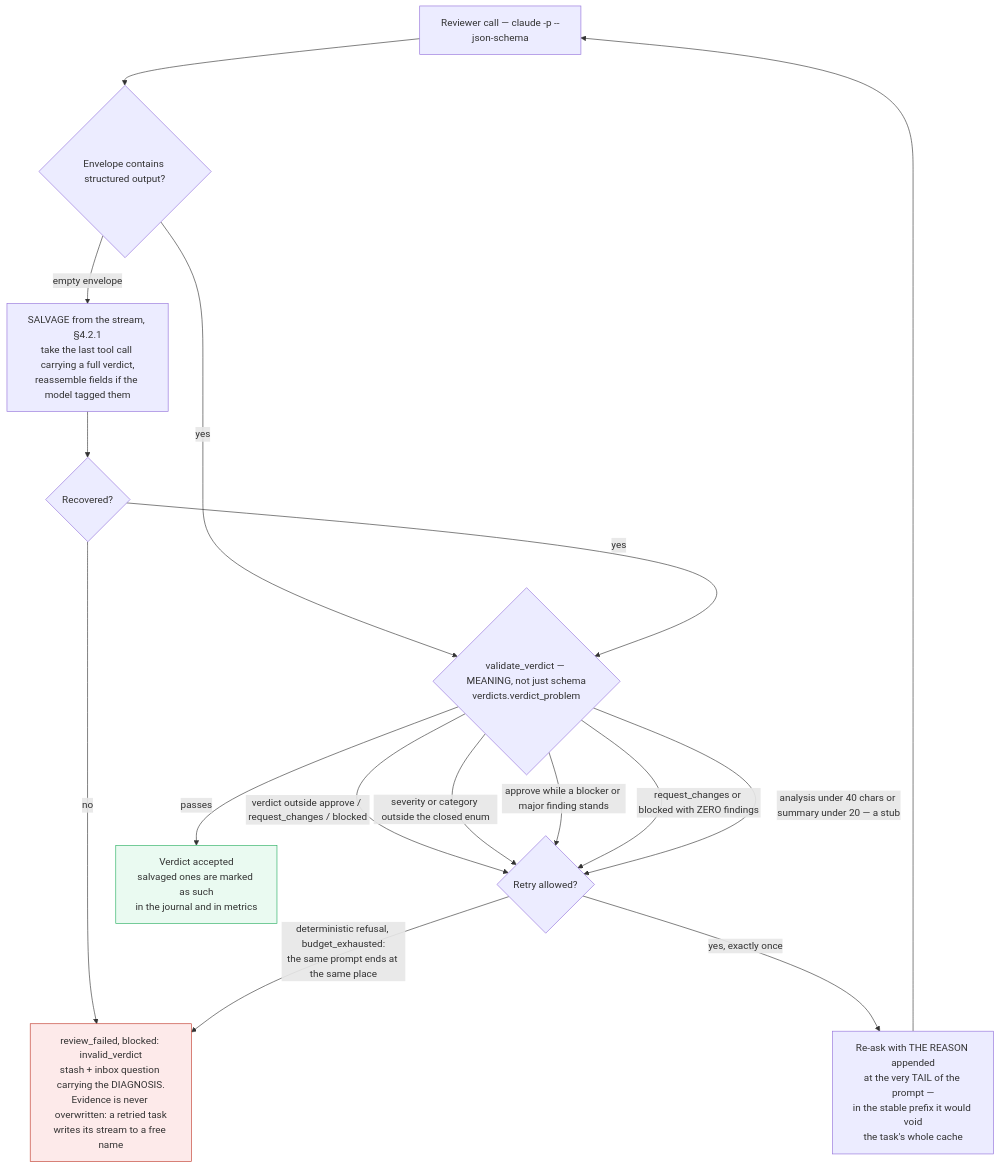
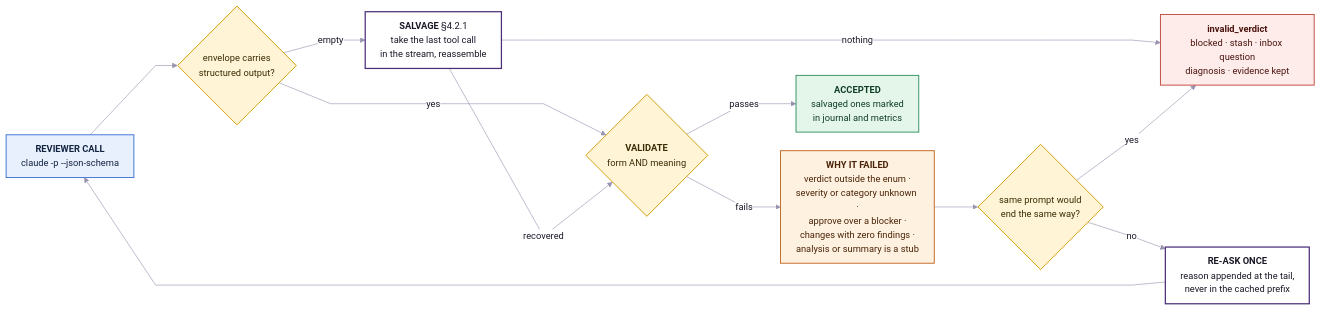
Before and after one commit to Orange-hanter/zairgrush: the tenth of 16 diagrams in 11-architecture-diagrams.md, drawn with Mermaid. The commit also changed other lines of this file, not shown here.

````diff
--- a/11-architecture-diagrams.md
+++ b/11-architecture-diagrams.md
@@ -362,30 +449,32 @@
 ```mermaid
-flowchart TD
-    rcall["Reviewer call — claude -p --json-schema"] --> env{"Envelope contains structured output?"}
+%%{init:{"theme":"base","themeVariables":{"fontFamily":"ui-sans-serif,system-ui,-apple-system,Segoe UI,Roboto,sans-serif","fontSize":"15px","primaryColor":"#EFEAF8","primaryTextColor":"#1A1726","primaryBorderColor":"#7A5CB8","lineColor":"#9A93B0","edgeLabelBackground":"#FFFFFF"},"flowchart":{"diagramPadding":26,"curve":"linear","nodeSpacing":30,"rankSpacing":70,"padding":12}}}%%
+flowchart LR
+    rc["<b>REVIEWER CALL</b><br/>claude -p --json-schema"]:::agent
+    env{"envelope carries<br/>structured output?"}:::check
+    salv["<b>SALVAGE</b> §4.2.1<br/>take the last tool call<br/>in the stream, reassemble"]:::mech
+    val{"<b>VALIDATE</b><br/>form AND meaning"}:::check
+    why["<b>WHY IT FAILED</b><br/>verdict outside the enum ·<br/>severity or category unknown ·<br/>approve over a blocker ·<br/>changes with zero findings ·<br/>analysis or summary is a stub"]:::warn
+    retry{"same prompt would<br/>end the same way?"}:::check
+    again["<b>RE-ASK ONCE</b><br/>reason appended at the tail,<br/>never in the cached prefix"]:::mech
+    okv["<b>ACCEPTED</b><br/>salvaged ones marked<br/>in journal and metrics"]:::good
+    fail["<b>invalid_verdict</b><br/>blocked · stash · inbox question<br/>diagnosis · evidence kept"]:::bad
 
+    rc --> env
     env -->|"yes"| val
-    env -->|"empty envelope"| salv["SALVAGE from the stream, §4.2.1<br/>take the last tool call carrying a full verdict,<br/>reassemble fields if the model tagged them"]
-    salv --> salvok{"Recovered?"}
-    salvok -->|"no"| fail
-    salvok -->|"yes"| val
+    env -->|"empty"| salv
+    salv -->|"recovered"| val
+    salv -->|"nothing"| fail
+    val -->|"passes"| okv
+    val -->|"fails"| why
+    why --> retry
+    retry -->|"yes"| fail
+    retry -->|"no"| again
+    again --> rc
 
-    val{"validate_verdict — MEANING, not just schema<br/>verdicts.verdict_problem"}
-    val -->|"verdict outside approve / request_changes / blocked"| retry
-    val -->|"severity or category outside the closed enum"| retry
-    val -->|"approve while a blocker or major finding stands"| retry
-    val -->|"request_changes or blocked with ZERO findings"| retry
-    val -->|"analysis under 40 chars or summary under 20 — a stub"| retry
-    val -->|"passes"| ok["Verdict accepted<br/>salvaged ones are marked as such<br/>in the journal and in metrics"]
-
-    retry{"Retry allowed?"}
-    retry -->|"deterministic refusal, budget_exhausted:<br/>the same prompt ends at the same place"| fail
-    retry -->|"yes, exactly once"| again["Re-ask with THE REASON appended<br/>at the very TAIL of the prompt —<br/>in the stable prefix it would void<br/>the task's whole cache"]
-    again --> rcall
-
-    fail["review_failed, blocked: invalid_verdict<br/>stash + inbox question carrying the DIAGNOSIS.<br/>Evidence is never overwritten: a retried task<br/>writes its stream to a free name"]
-
-    classDef bad fill:#fdeaea,stroke:#c0392b
-    classDef good fill:#eafaf1,stroke:#27ae60
-    class fail bad
-    class ok good
+    classDef agent fill:#E8F0FE,stroke:#3B6FD4,stroke-width:1.5px,color:#12233F
+    classDef mech fill:#FFFFFF,stroke:#4A2E78,stroke-width:2px,color:#1A1726
+    classDef check fill:#FFF4D6,stroke:#D19A00,stroke-width:1.5px,color:#3A2C05
+    classDef good fill:#E4F6EA,stroke:#2F8F5F,stroke-width:1.5px,color:#0F3D24
+    classDef bad fill:#FDECEA,stroke:#C2453B,stroke-width:1.5px,color:#4A130E
+    classDef warn fill:#FFF1E0,stroke:#C2661F,stroke-width:1.5px,color:#4A2408
 ```
````
